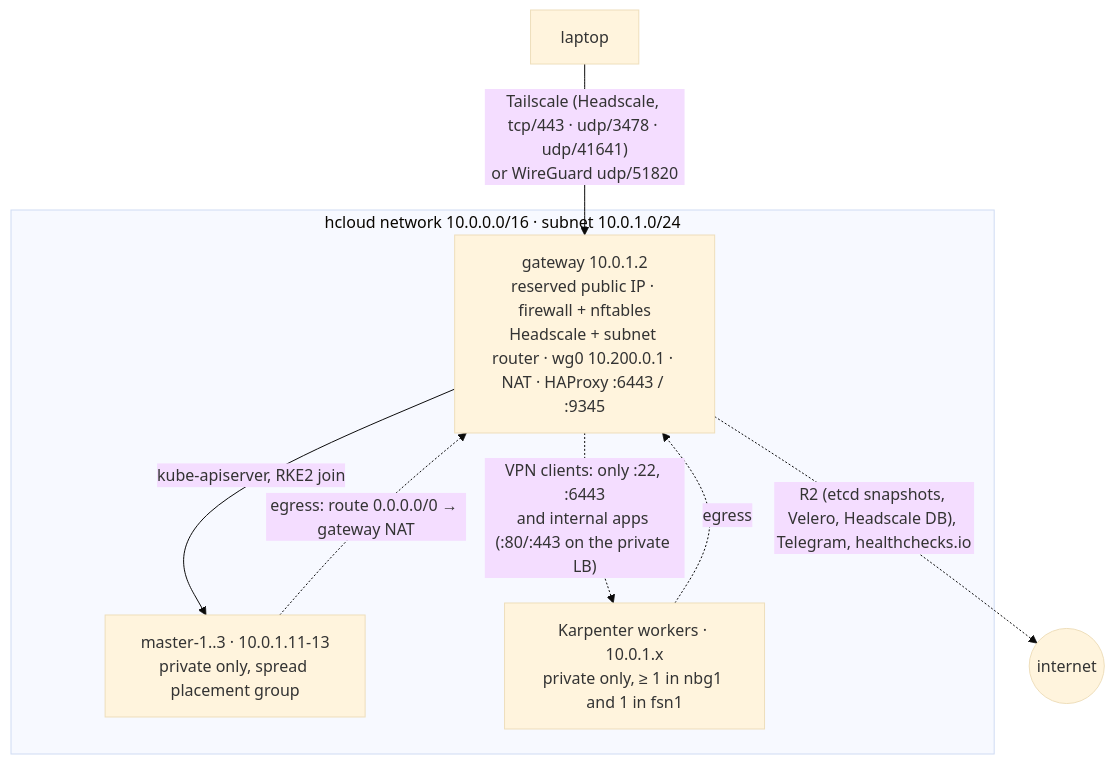
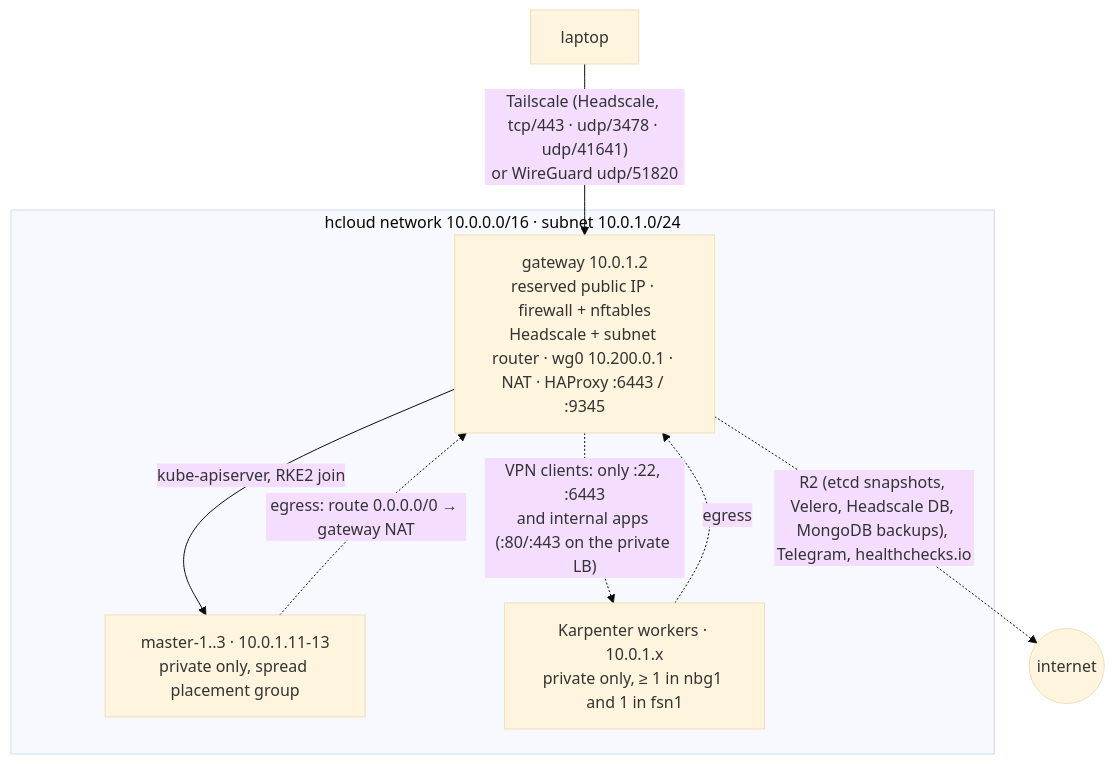
One commit to reginaldosousa/hetzner-rke2-terraform changed the diagram in README.md. Above: the diagram before and after it, drawn with Mermaid (base theme). The commit also changed other lines of this file and 6 other files, not shown here.

````diff
--- a/README.md
+++ b/README.md
@@ -32,14 +32,14 @@
 ```mermaid
 flowchart TB
     laptop["laptop"] -- "Tailscale (Headscale, tcp/443 · udp/3478 · udp/41641)<br/>or WireGuard udp/51820" --> gw
     subgraph net["hcloud network 10.0.0.0/16 · subnet 10.0.1.0/24"]
         gw["gateway 10.0.1.2<br/>reserved public IP · firewall + nftables<br/>Headscale + subnet router · wg0 10.200.0.1 · NAT · HAProxy :6443 / :9345"]
         masters["master-1..3 · 10.0.1.11-13<br/>private only, spread placement group"]
         workers["Karpenter workers · 10.0.1.x<br/>private only, ≥ 1 in nbg1 and 1 in fsn1"]
     end
     gw -- "kube-apiserver, RKE2 join" --> masters
     gw -. "VPN clients: only :22, :6443<br/>and internal apps (:80/:443 on the private LB)" .-> workers
     masters -. "egress: route 0.0.0.0/0 → gateway NAT" .-> gw
     workers -. "egress" .-> gw
-    gw -. "R2 (etcd snapshots, Velero, Headscale DB), Telegram, healthchecks.io" .-> ext(("internet"))
+    gw -. "R2 (etcd snapshots, Velero, Headscale DB, MongoDB backups), Telegram, healthchecks.io" .-> ext(("internet"))
 ```
````
